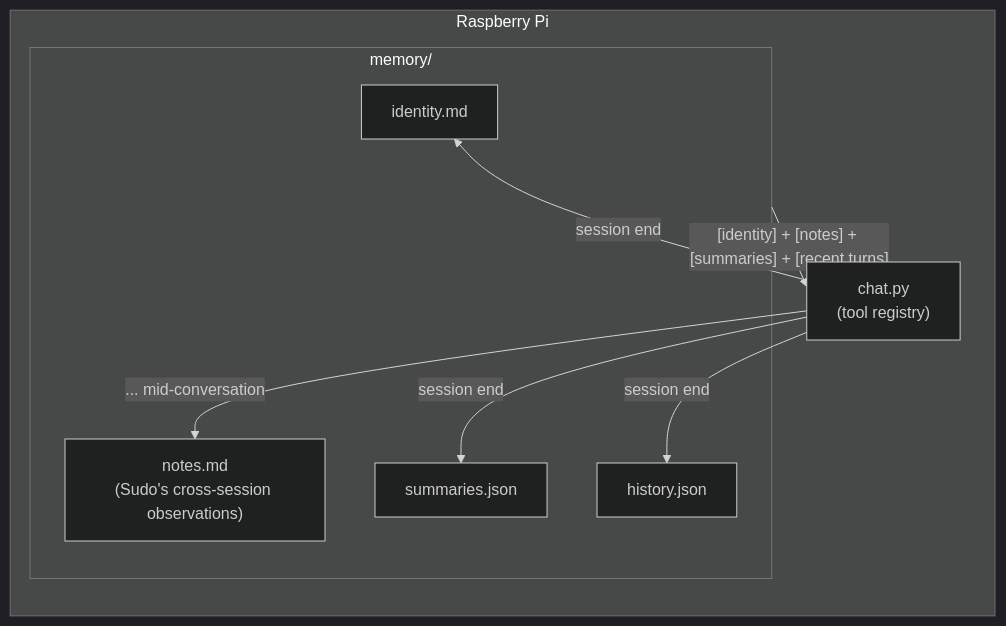
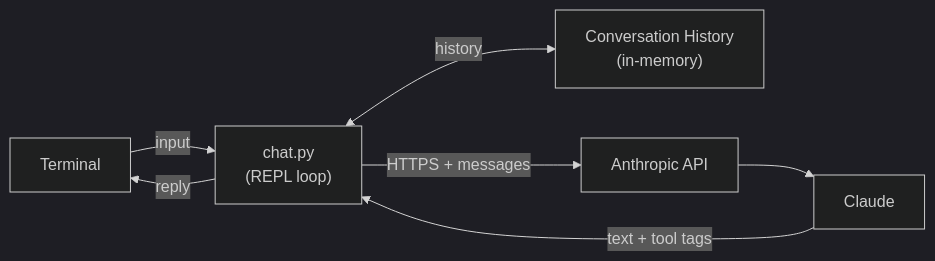
One commit to cgarcialm/sudo changed the second of 3 diagrams in docs/ARCHITECTURE.md. Above: the diagram before and after it, drawn with Mermaid (dark theme). The commit also changed other lines of this file, not shown here.

First line of the commit message:
docs: rewrite ARCHITECTURE.md as current-state doc

````diff
--- a/docs/ARCHITECTURE.md
+++ b/docs/ARCHITECTURE.md
@@ -147,18 +54,9 @@
 ```mermaid
 flowchart LR
-    subgraph Pi["Raspberry Pi"]
-        subgraph Memory["memory/"]
-            Identity["identity.md"]
-            Notes["notes.md\n(Sudo's cross-session observations)"]
-            Summaries["summaries.json"]
-            History["history.json"]
-        end
-        Chat["chat.py\n(tool registry)"]
-    end
-
-    Memory -->|"[identity] + [notes] + [summaries] + [recent turns]"| Chat
-    Chat -->|"<remember>...</remember> mid-conversation"| Notes
-    Chat -->|session end| Identity
-    Chat -->|session end| Summaries
-    Chat -->|session end| History
+    User["Terminal"] -->|input| Chat["chat.py\n(REPL loop)"]
+    Chat <-->|history| Mem["Conversation History\n(in-memory)"]
+    Chat -->|HTTPS + messages| API["Anthropic API"]
+    API --> Claude
+    Claude -->|text + tool tags| Chat
+    Chat -->|reply| User
 ```
````
